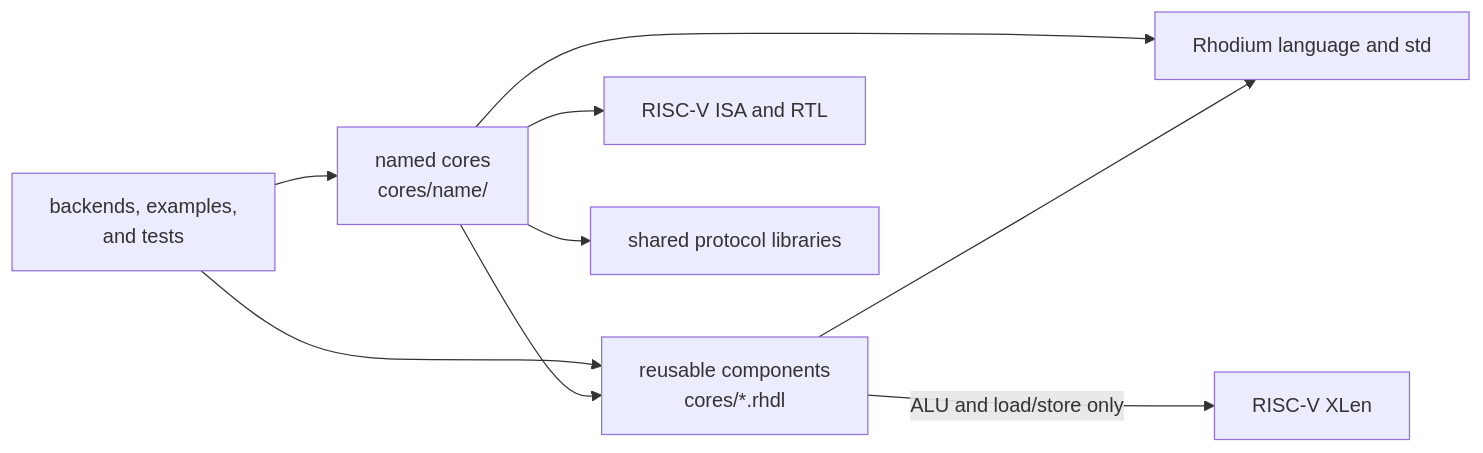
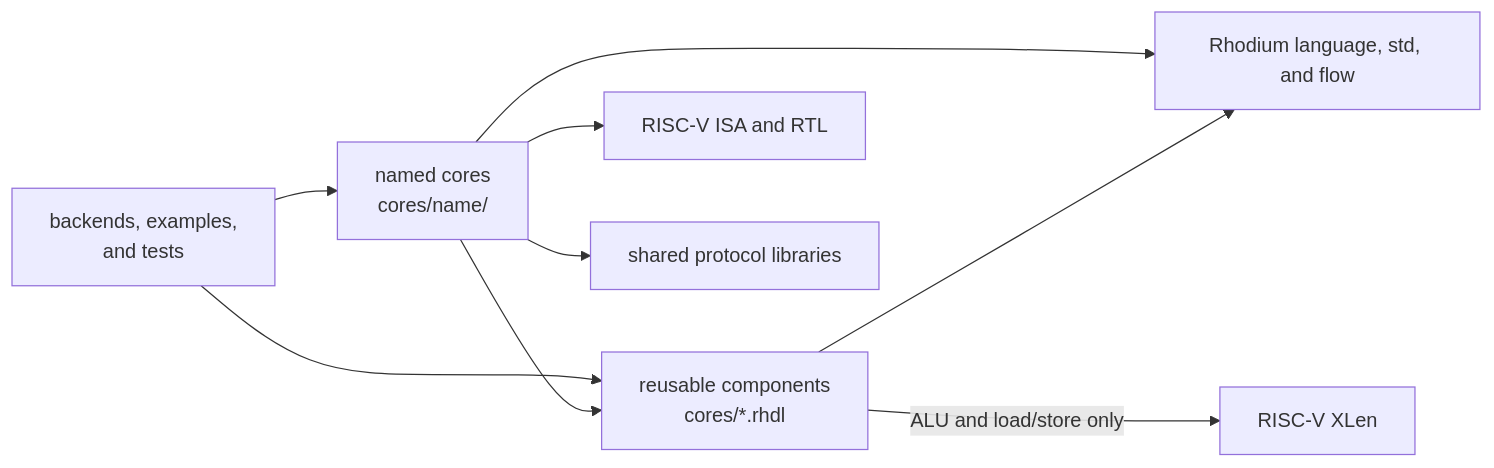
Before and after one commit to jerryz123/rhodium: the diagram in cores/DEVELOPING.md, drawn with Mermaid. The commit also changed 147 other files, not shown here.

Commit message:
refactor flow

````diff
--- a/cores/DEVELOPING.md
+++ b/cores/DEVELOPING.md
@@ -29,11 +29,11 @@
 ```mermaid
 flowchart LR
   Consumers["backends, examples,<br/>and tests"] --> Named["named cores<br/>cores/name/"]
   Consumers --> Reusable["reusable components<br/>cores/*.rhdl"]
   Named --> Reusable
   Named --> Riscv["RISC-V ISA and RTL"]
   Named --> Protocols["shared protocol libraries"]
-  Named --> Rhodium["Rhodium language and std"]
+  Named --> Rhodium["Rhodium language, std, and flow"]
   Reusable --> Rhodium
   Reusable -->|"ALU and load/store only"| Xlen["RISC-V XLen"]
 ```
````
